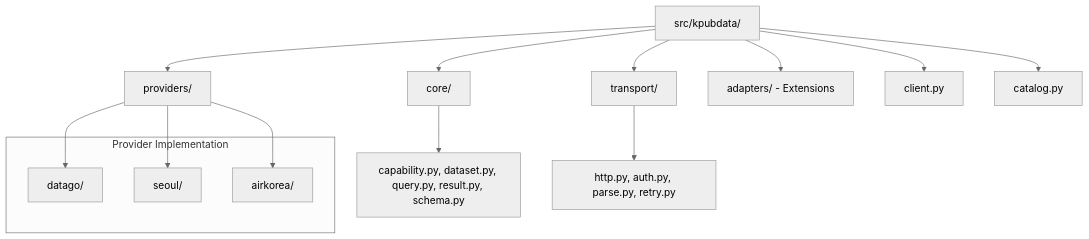
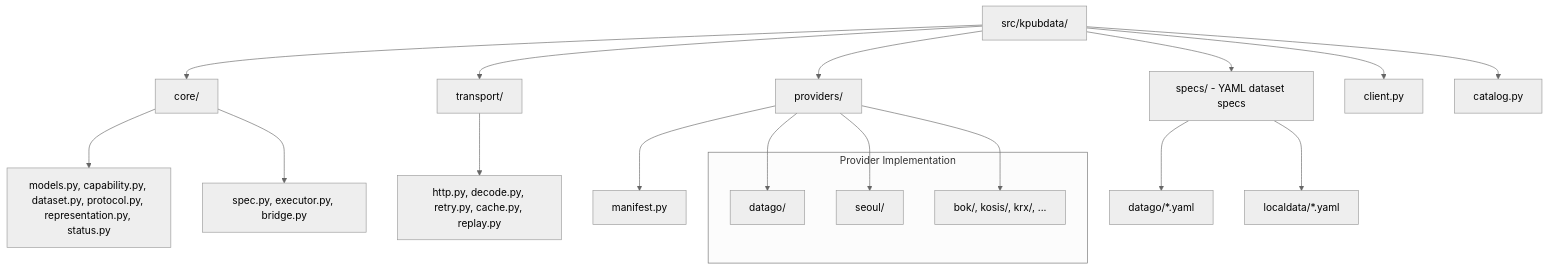
The seventh of 7 diagrams in ARCHITECTURE.md (kpubdata-lab/kpubdata), drawn with Mermaid (neutral theme) before and after one commit. The commit also changed other lines of this file and 5 other files, not shown here.

First line of the commit message:
docs: align SDK architecture and compatibility guidance with version 0.9 (#856)

````diff
--- a/ARCHITECTURE.md
+++ b/ARCHITECTURE.md
@@ -428,21 +448,25 @@
 ```mermaid
 graph TD
     root[src/kpubdata/] --> core[core/]
     root --> transport[transport/]
     root --> providers[providers/]
-    root --> adapters[adapters/ - Extensions]
+    root --> specs[specs/ - YAML dataset specs]
     root --> client[client.py]
     root --> catalog[catalog.py]
 
-    core --> core_files[capability.py, dataset.py, query.py, result.py, schema.py]
-    transport --> transport_files[http.py, auth.py, parse.py, retry.py]
+    core --> core_files[models.py, capability.py, dataset.py, protocol.py, representation.py, status.py]
+    core --> spec_files[spec.py, executor.py, bridge.py]
+    transport --> transport_files[http.py, decode.py, retry.py, cache.py, replay.py]
+    providers --> manifest[manifest.py]
     providers --> datago[datago/]
     providers --> seoul[seoul/]
-    providers --> airkorea[airkorea/]
+    providers --> others[bok/, kosis/, krx/, ...]
+    specs --> spec_datago[datago/*.yaml]
+    specs --> spec_localdata[localdata/*.yaml]
 
     subgraph Adapters [Provider Implementation]
     datago
     seoul
-    airkorea
+    others
     end
 ```
````
